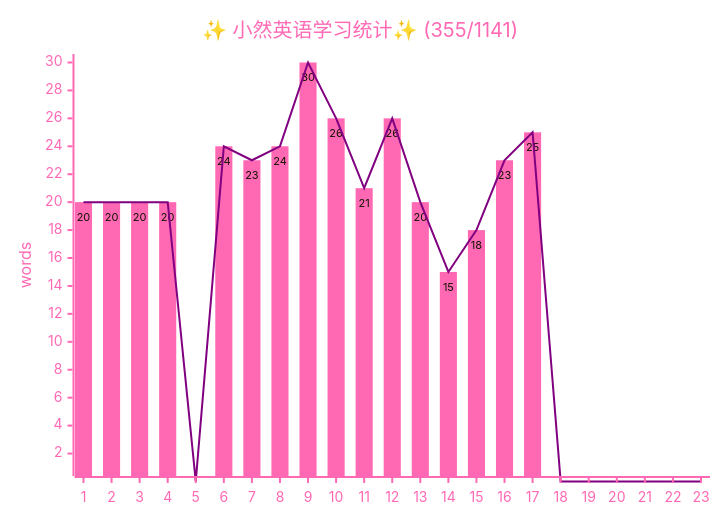
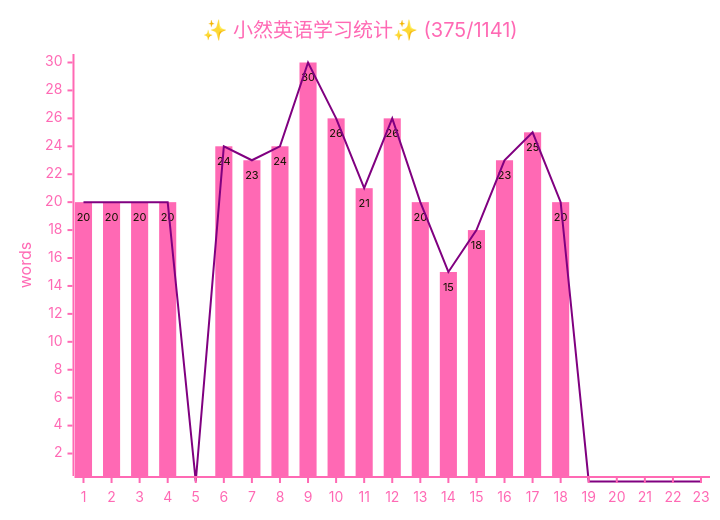
The diagram in docs/life-lessons/xiaoran/2026-xiaoran.md (zsh-rc/zsh-rc.github.io), drawn with Mermaid before and after one commit. The commit also changed 2 other files, not shown here.

Commit message:
homework = check

```diff
--- a/docs/life-lessons/xiaoran/2026-xiaoran.md
+++ b/docs/life-lessons/xiaoran/2026-xiaoran.md
@@ -11,25 +11,25 @@
 ~~~mermaid
 ---
 config:
     xyChart:
         showDataLabel: true
     themeVariables:
         xyChart:
             titleColor: "#FF69B4"
             xAxisTitleColor: "#FF69B4"
             xAxisLabelColor: "#FF69B4"
             xAxisLineColor: "#FF69B4"
             xAxisTickColor: "#FF69B4"
             yAxisLabelColor: "#FF69B4"
             yAxisTitleColor: "#FF69B4"
             yAxisLineColor: "#FF69B4"
             yAxisTickColor: "#FF69B4"
             plotColorPalette: '#FF69B4, #800080'
 ---
 xychart
-    title "✨ 小然英语学习统计✨ (355/1141)"
+    title "✨ 小然英语学习统计✨ (375/1141)"
     y-axis "words" 1 --> 30
     x-axis [1,  2,  3,  4,  5,  6,  7,  8,  9,  10, 11, 12, 13, 14, 15, 16, 17, 18, 19, 20, 21, 22, 23]
-    bar    [20, 20, 20, 20, 0,  24, 23, 24, 30, 26, 21, 26, 20, 15, 18, 23, 25,  0,  0,  0,  0,  0,  0]
-    line   [20, 20, 20, 20, 0,  24, 23, 24, 30, 26, 21, 26, 20, 15, 18, 23, 25,  0,  0,  0,  0,  0,  0]
+    bar    [20, 20, 20, 20, 0,  24, 23, 24, 30, 26, 21, 26, 20, 15, 18, 23, 25, 20,  0,  0,  0,  0,  0]
+    line   [20, 20, 20, 20, 0,  24, 23, 24, 30, 26, 21, 26, 20, 15, 18, 23, 25, 20,  0,  0,  0,  0,  0]
 ~~~
```
